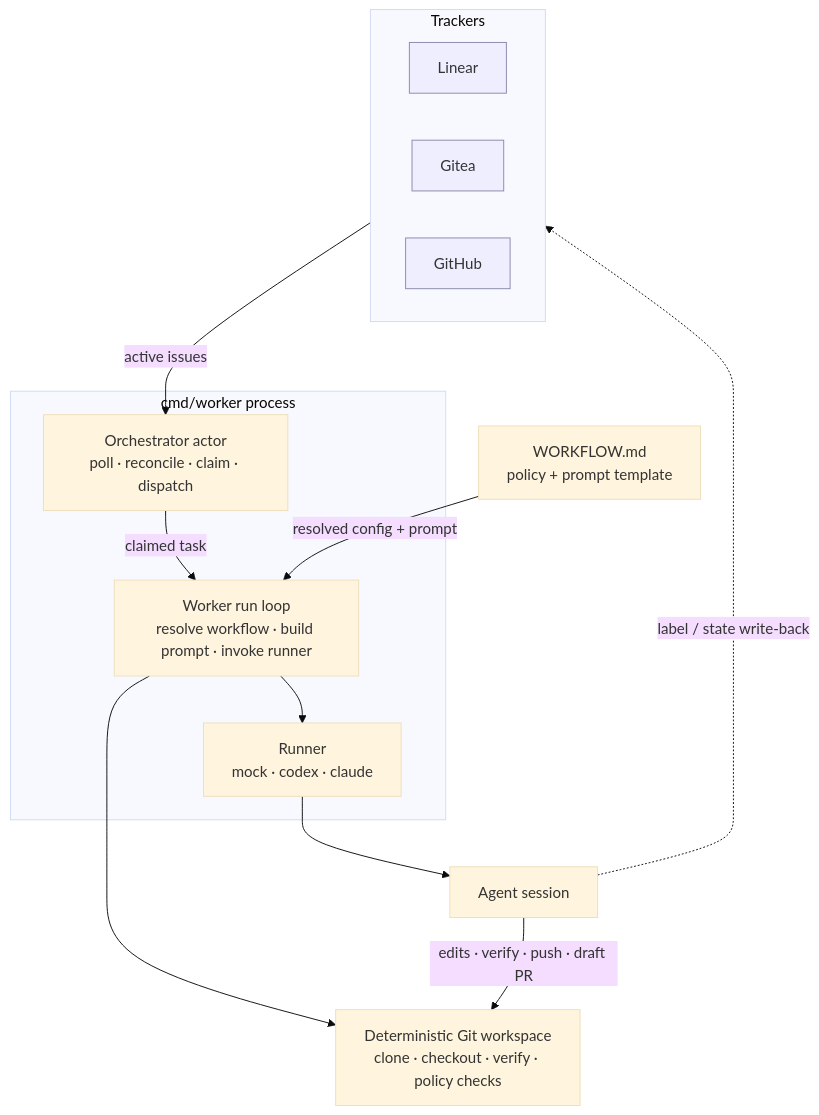
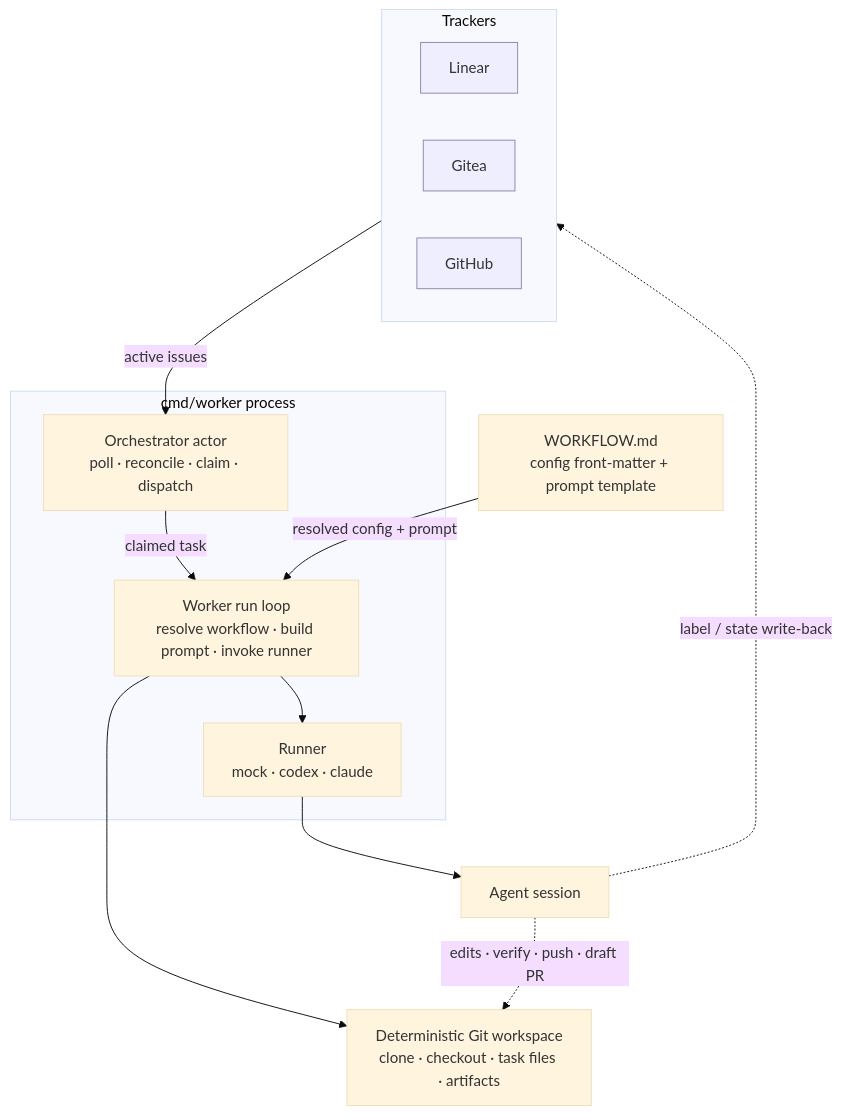
One commit to xrf9268-hue/aiops-platform changed the first of 4 diagrams in docs/architecture.md. Above: the diagram before and after it, drawn with Mermaid (base theme). The commit also changed other lines of this file and 1 other file, not shown here.

First line of the commit message:
docs(architecture): drop removed policy gate from workspace/WORKFLOW nodes

````diff
--- a/docs/architecture.md
+++ b/docs/architecture.md
@@ -22,30 +22,30 @@
 ```mermaid
 flowchart TD
     subgraph trackers["Trackers"]
         LIN["Linear"]
         GIT["Gitea"]
         GH["GitHub"]
     end
 
     subgraph proc["cmd/worker process"]
         ORCH["Orchestrator actor<br/>poll · reconcile · claim · dispatch"]
         WORK["Worker run loop<br/>resolve workflow · build prompt · invoke runner"]
         RUN["Runner<br/>mock · codex · claude"]
     end
 
-    WS["Deterministic Git workspace<br/>clone · checkout · verify · policy checks"]
-    WF["WORKFLOW.md<br/>policy + prompt template"]
+    WS["Deterministic Git workspace<br/>clone · checkout · task files · artifacts"]
+    WF["WORKFLOW.md<br/>config front-matter + prompt template"]
     AGENT["Agent session"]
 
     trackers -->|"active issues"| ORCH
     ORCH -->|"claimed task"| WORK
     WORK --> WS
     WF -->|"resolved config + prompt"| WORK
     WORK --> RUN
     RUN --> AGENT
-    AGENT -->|"edits · verify · push · draft PR"| WS
+    AGENT -.->|"edits · verify · push · draft PR"| WS
     AGENT -.->|"label / state write-back"| trackers
 
     classDef ext fill:#eef,stroke:#88a;
     class LIN,GIT,GH ext;
 ```
````
